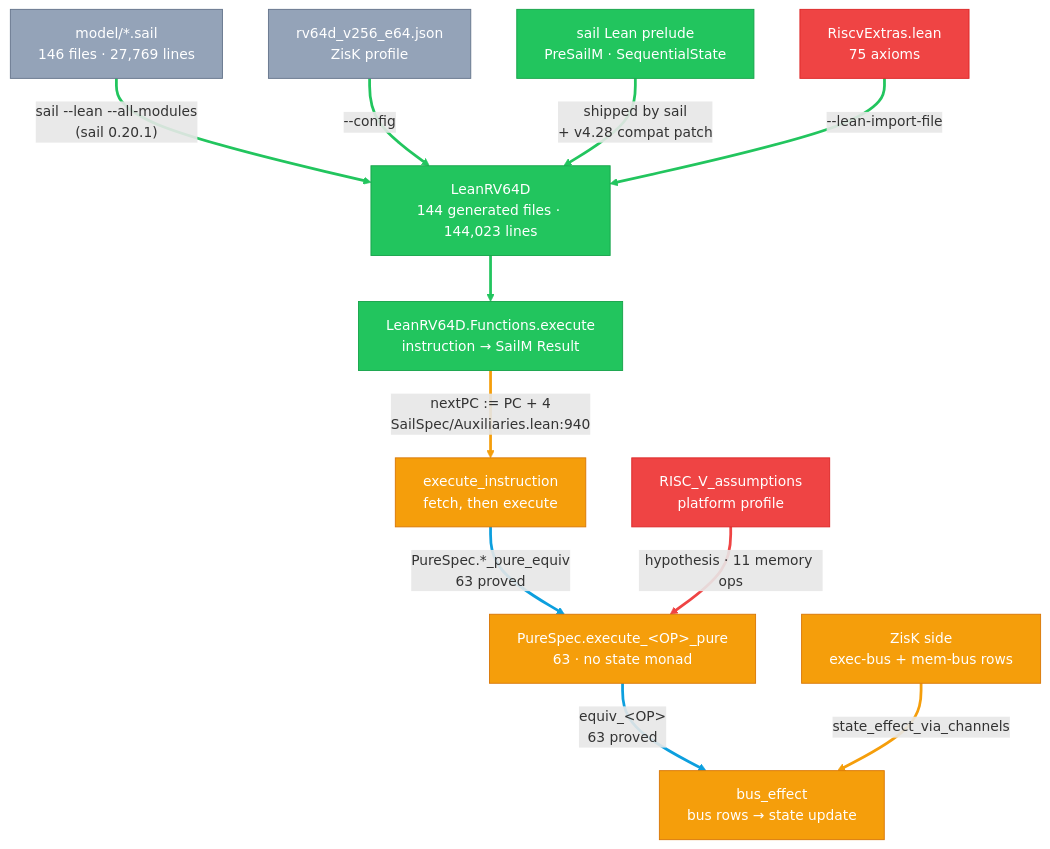
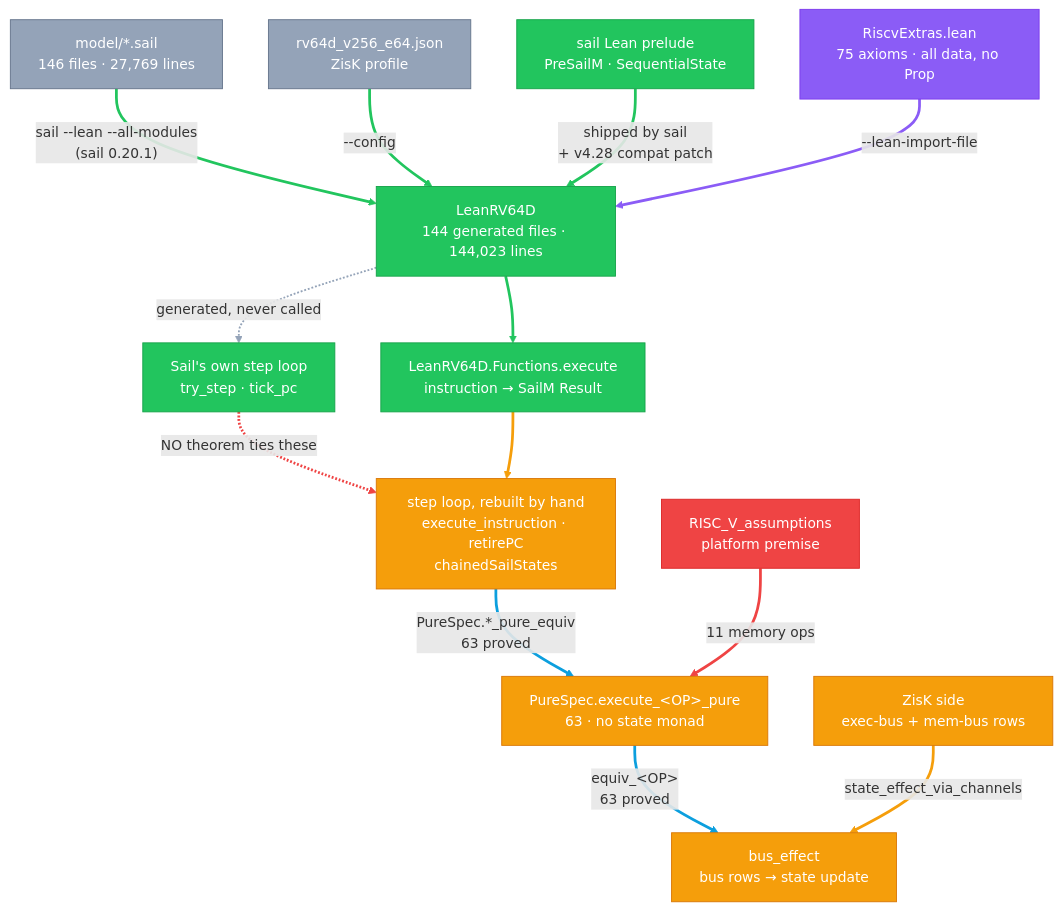
The diagram in 2026-09-21-zisk-fv-handoff/diagrams/sail-extraction.mmd (codygunton/talks-and-writing), drawn with Mermaid before and after one commit. The commit also changed 2 other files, not shown here.

```diff
--- a/2026-09-21-zisk-fv-handoff/diagrams/sail-extraction.mmd
+++ b/2026-09-21-zisk-fv-handoff/diagrams/sail-extraction.mmd
@@ -1,41 +1,47 @@
 %%{init: {"theme": "default", "themeVariables": {"primaryTextColor": "#334155", "lineColor": "#94a3b8", "fontSize": "15px"}}}%%
 flowchart TD
-    classDef extracted fill:#22c55e,stroke:#16a34a,color:#ffffff
-    classDef modeled   fill:#f59e0b,stroke:#d97706,color:#ffffff
-    classDef assumed   fill:#ef4444,stroke:#dc2626,color:#ffffff
-    classDef absent    fill:#94a3b8,stroke:#64748b,color:#ffffff
-    classDef proved    fill:#0c9fde,stroke:#0878a8,color:#ffffff
+    classDef extracted   fill:#22c55e,stroke:#16a34a,color:#ffffff
+    classDef modeled     fill:#f59e0b,stroke:#d97706,color:#ffffff
+    classDef premise     fill:#ef4444,stroke:#dc2626,color:#ffffff
+    classDef unspecified fill:#8b5cf6,stroke:#7c3aed,color:#ffffff
+    classDef absent      fill:#94a3b8,stroke:#64748b,color:#ffffff
+    classDef proved      fill:#0c9fde,stroke:#0878a8,color:#ffffff
 
     SAIL["model/*.sail<br/>146 files · 27,769 lines"]:::absent
     CFG["rv64d_v256_e64.json<br/>ZisK profile"]:::absent
     PRE["sail Lean prelude<br/>PreSailM · SequentialState"]:::extracted
-    EXTRAS["RiscvExtras.lean<br/>75 axioms"]:::assumed
+    EXTRAS["RiscvExtras.lean<br/>75 axioms · all data, no Prop"]:::unspecified
     GEN["LeanRV64D<br/>144 generated files · 144,023 lines"]:::extracted
     EXECR["LeanRV64D.Functions.execute<br/>instruction → SailM Result"]:::extracted
-    EXECI["execute_instruction<br/>fetch, then execute"]:::modeled
+    SAILSTEP["Sail's own step loop<br/>try_step · tick_pc"]:::extracted
+    STEP["step loop, rebuilt by hand<br/>execute_instruction · retirePC<br/>chainedSailStates"]:::modeled
     PURE["PureSpec.execute_&lt;OP&gt;_pure<br/>63 · no state monad"]:::modeled
-    RVA["RISC_V_assumptions<br/>platform profile"]:::assumed
+    RVA["RISC_V_assumptions<br/>platform premise"]:::premise
     BE["bus_effect<br/>bus rows → state update"]:::modeled
     ZISK["ZisK side<br/>exec-bus + mem-bus rows"]:::modeled
 
-    SAIL   -->|"sail --lean --all-modules<br/>(sail 0.20.1)"| GEN
-    CFG    -->|"--config"| GEN
-    PRE    -->|"shipped by sail<br/>+ v4.28 compat patch"| GEN
-    EXTRAS -->|"--lean-import-file"| GEN
-    GEN    --> EXECR
-    EXECR  -->|"nextPC := PC + 4<br/>SailSpec/Auxiliaries.lean:940"| EXECI
-    EXECI  -->|"PureSpec.*_pure_equiv<br/>63 proved"| PURE
-    RVA    -->|"hypothesis · 11 memory ops"| PURE
-    PURE   -->|"equiv_&lt;OP&gt;<br/>63 proved"| BE
-    ZISK   -->|"state_effect_via_channels"| BE
+    SAIL     -->|"sail --lean --all-modules<br/>(sail 0.20.1)"| GEN
+    CFG      -->|"--config"| GEN
+    PRE      -->|"shipped by sail<br/>+ v4.28 compat patch"| GEN
+    EXTRAS   -->|"--lean-import-file"| GEN
+    GEN      --> EXECR
+    GEN      -.->|"generated, never called"| SAILSTEP
+    SAILSTEP -.->|"NO theorem ties these"| STEP
+    EXECR    --> STEP
+    STEP     -->|"PureSpec.*_pure_equiv<br/>63 proved"| PURE
+    RVA      -->|"11 memory ops"| PURE
+    PURE     -->|"equiv_&lt;OP&gt;<br/>63 proved"| BE
+    ZISK     -->|"state_effect_via_channels"| BE
 
-    linkStyle 0 stroke:#22c55e,stroke-width:3px
-    linkStyle 1 stroke:#22c55e,stroke-width:3px
-    linkStyle 2 stroke:#22c55e,stroke-width:3px
-    linkStyle 3 stroke:#22c55e,stroke-width:3px
-    linkStyle 4 stroke:#22c55e,stroke-width:3px
-    linkStyle 5 stroke:#f59e0b,stroke-width:3px
-    linkStyle 6 stroke:#0c9fde,stroke-width:3px
-    linkStyle 7 stroke:#ef4444,stroke-width:3px
-    linkStyle 8 stroke:#0c9fde,stroke-width:3px
-    linkStyle 9 stroke:#f59e0b,stroke-width:3px
+    linkStyle 0  stroke:#22c55e,stroke-width:3px
+    linkStyle 1  stroke:#22c55e,stroke-width:3px
+    linkStyle 2  stroke:#22c55e,stroke-width:3px
+    linkStyle 3  stroke:#8b5cf6,stroke-width:3px
+    linkStyle 4  stroke:#22c55e,stroke-width:3px
+    linkStyle 5  stroke:#94a3b8,stroke-width:2px
+    linkStyle 6  stroke:#ef4444,stroke-width:3px
+    linkStyle 7  stroke:#f59e0b,stroke-width:3px
+    linkStyle 8  stroke:#0c9fde,stroke-width:3px
+    linkStyle 9  stroke:#ef4444,stroke-width:3px
+    linkStyle 10 stroke:#0c9fde,stroke-width:3px
+    linkStyle 11 stroke:#f59e0b,stroke-width:3px
```
